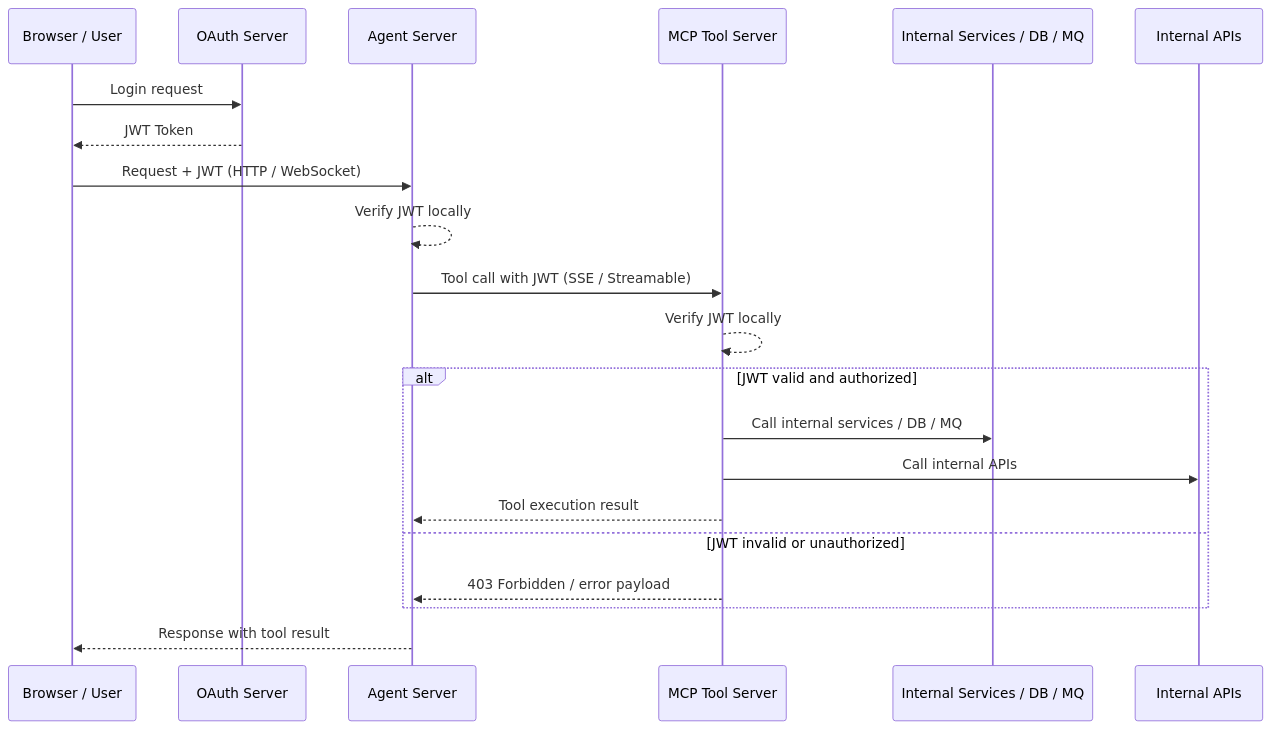
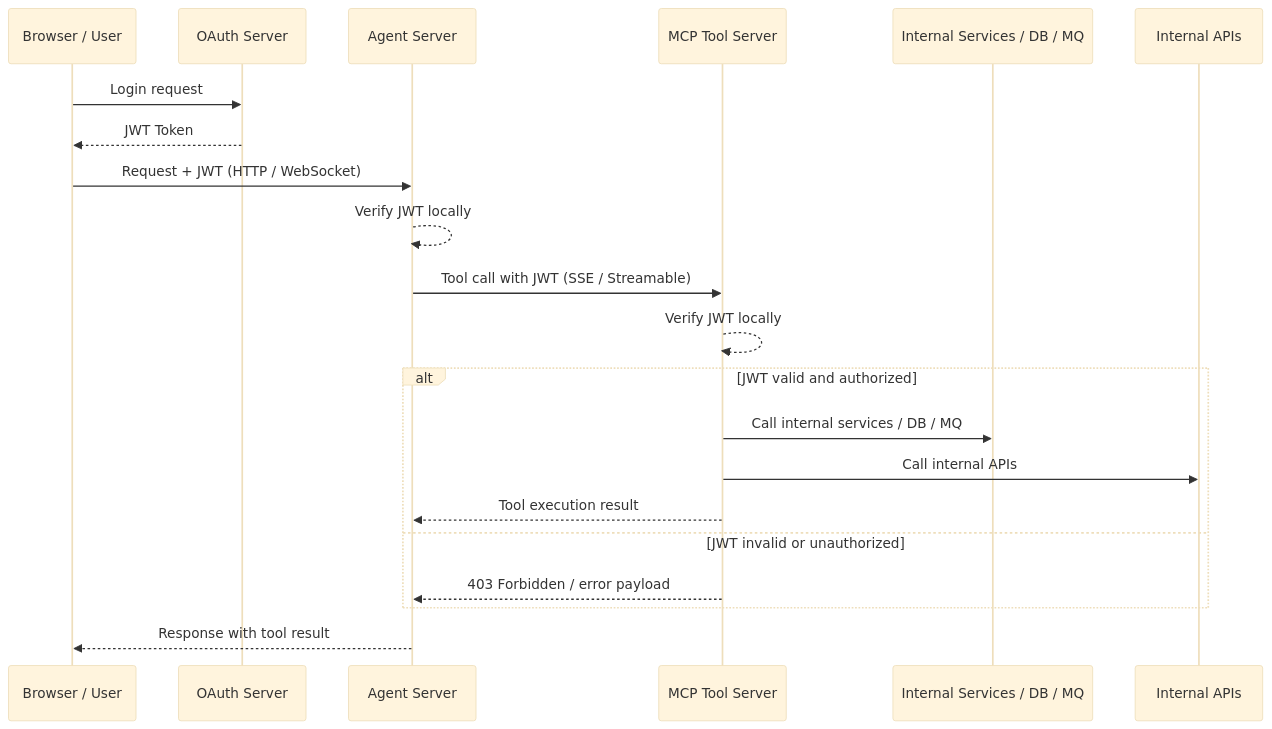
One commit to PinXian53/python-mcp-server changed the second of 2 diagrams in README.md. Above: the diagram before and after it, drawn with Mermaid.

Commit message:
Refine flowchart in README to clarify server roles and authentication process

````diff
--- a/README.md
+++ b/README.md
@@ -58,31 +58,35 @@
 ```mermaid
+---
+config:
+  theme: base
+---
 sequenceDiagram
     participant U as Browser / User
     participant O as OAuth Server
     participant A as Agent Server
     participant M as MCP Tool Server
     participant IS as Internal Services / DB / MQ
     participant IA as Internal APIs
 
     %% 使用者登入取得 JWT
     U->>O: Login request
     O-->>U: JWT Token
 
     %% 使用者帶 JWT 請求 Agent Server
     U->>A: Request + JWT (HTTP / WebSocket)
     A-->>A: Verify JWT locally
 
     %% Agent Server 呼叫 MCP Tool Server
     A->>M: Tool call with JWT (SSE / Streamable)
     M-->>M: Verify JWT locally
     alt JWT valid and authorized
         M->>IS: Call internal services / DB / MQ
         M->>IA: Call internal APIs
         M-->>A: Tool execution result
     else JWT invalid or unauthorized
         M-->>A: 403 Forbidden / error payload
     end
 
     %% 回傳結果給使用者
     A-->>U: Response with tool result
 ```
````
